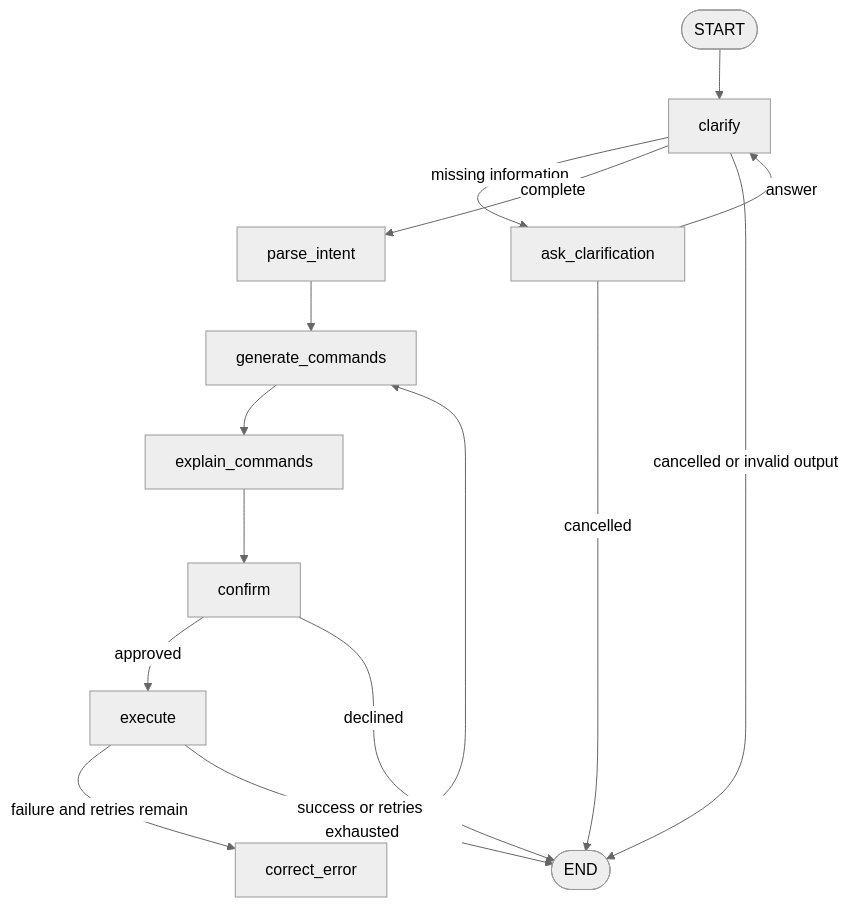
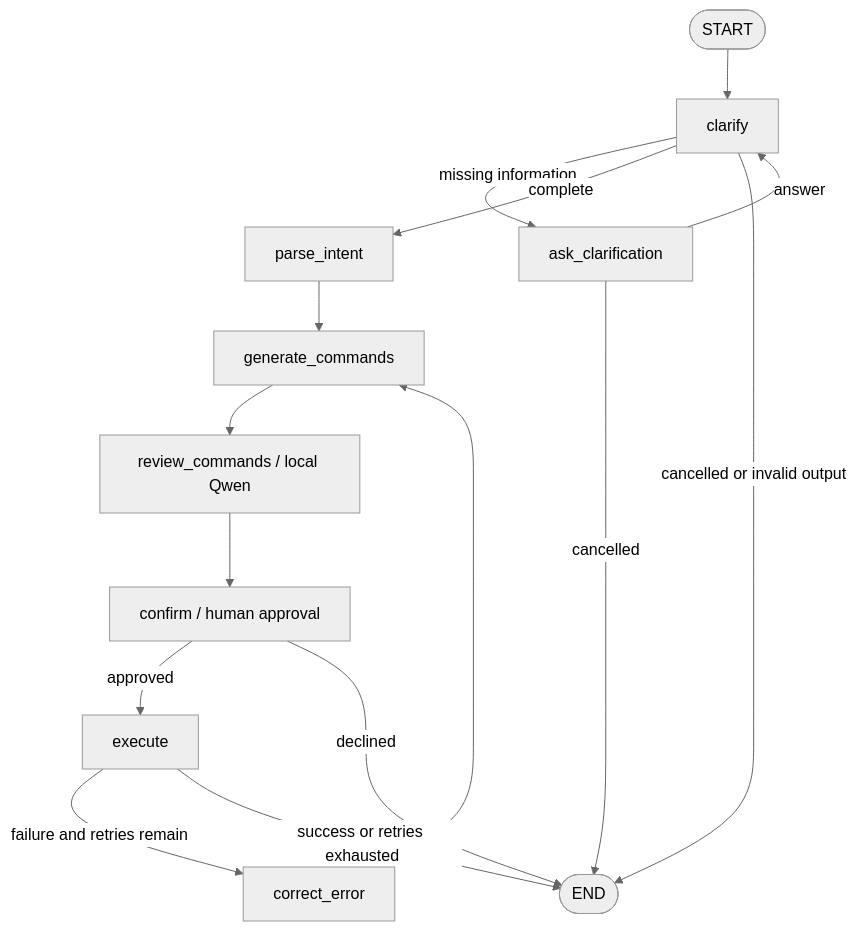
The diagram in readme_help/langgraph_workflow.md (JackyYao1021/Samantha), drawn with Mermaid (neutral theme) before and after one commit. The commit also changed other lines of this file and 11 other files, not shown here.

Commit message:
Add local Qwen command reviewer to LangGraph workflow

````diff
--- a/readme_help/langgraph_workflow.md
+++ b/readme_help/langgraph_workflow.md
@@ -11,17 +11,17 @@
 ```mermaid
 flowchart TD
     start([START]) --> clarify[clarify]
     clarify -->|missing information| ask[ask_clarification]
     ask -->|answer| clarify
     clarify -->|complete| parse[parse_intent]
     parse --> generate[generate_commands]
-    generate --> explain[explain_commands]
-    explain --> confirm[confirm]
+    generate --> review[review_commands / local Qwen]
+    review --> confirm[confirm / human approval]
     confirm -->|approved| execute[execute]
     execute -->|failure and retries remain| correct[correct_error]
     correct --> generate
     execute -->|success or retries exhausted| finish([END])
     clarify -->|cancelled or invalid output| finish
     ask -->|cancelled| finish
     confirm -->|declined| finish
 ```
````
